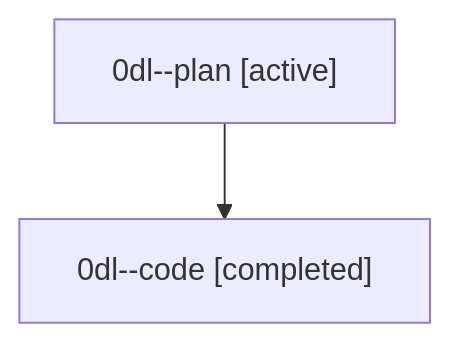
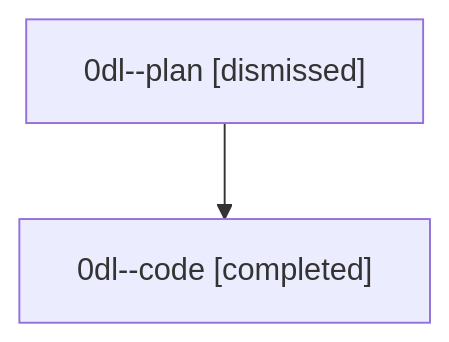
The diagram in sessions/bbugyi200.athena.0dl.md (sase-org/sase--agents), drawn with Mermaid before and after one commit. The commit also changed other lines of this file and 27 other files, not shown here.

````diff
--- a/sessions/bbugyi200.athena.0dl.md
+++ b/sessions/bbugyi200.athena.0dl.md
@@ -9,6 +9,6 @@
 ```mermaid
 flowchart TD
-  n0["0dl--plan [active]"]
+  n0["0dl--plan [dismissed]"]
   n1["0dl--code [completed]"]
   n0 --> n1
 ```
````
